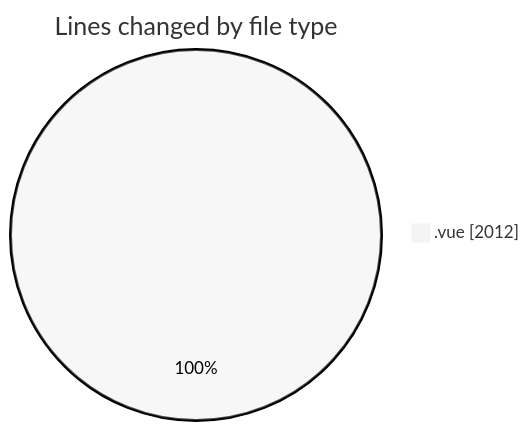
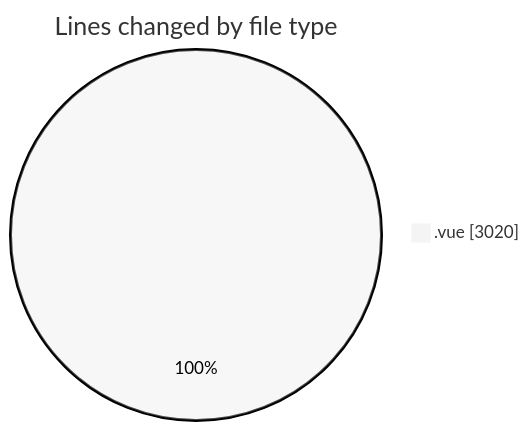
One commit to robertbonfada/code-tracking changed the first of 2 diagrams in 2025-03-14/lumine-web/README.md. Above: the diagram before and after it, drawn with Mermaid (neutral theme). The commit also changed other lines of this file and 1 other file, not shown here.

````diff
--- a/2025-03-14/lumine-web/README.md
+++ b/2025-03-14/lumine-web/README.md
@@ -25,5 +30,5 @@
 ```mermaid
 pie showData
 title Lines changed by file type
-".vue" : 2012
+".vue" : 3020
 ```
````
